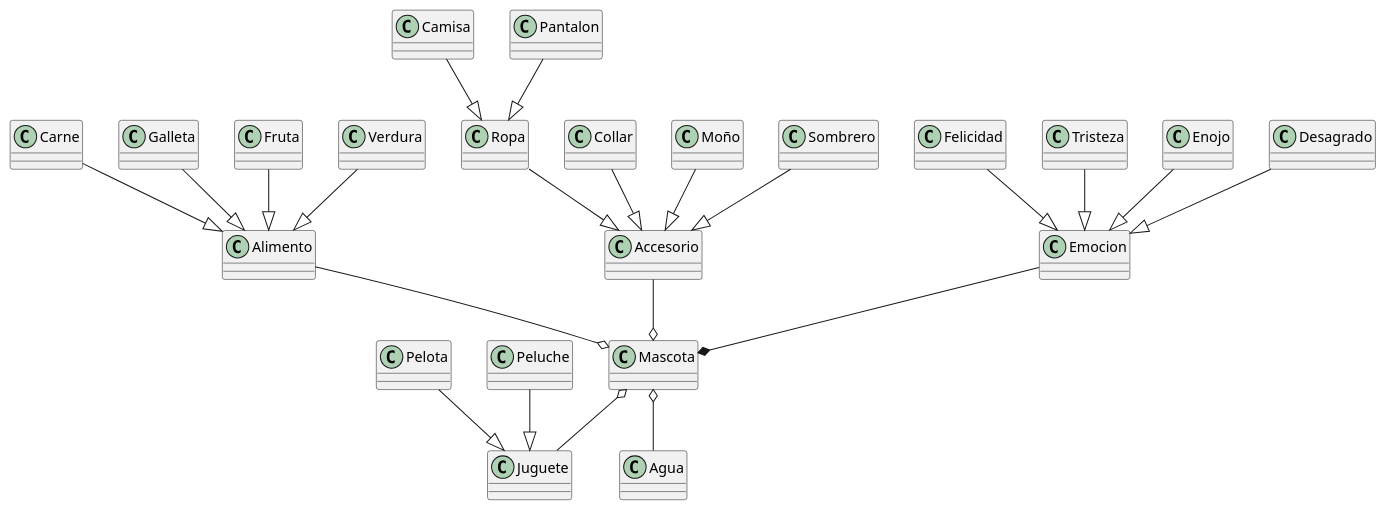
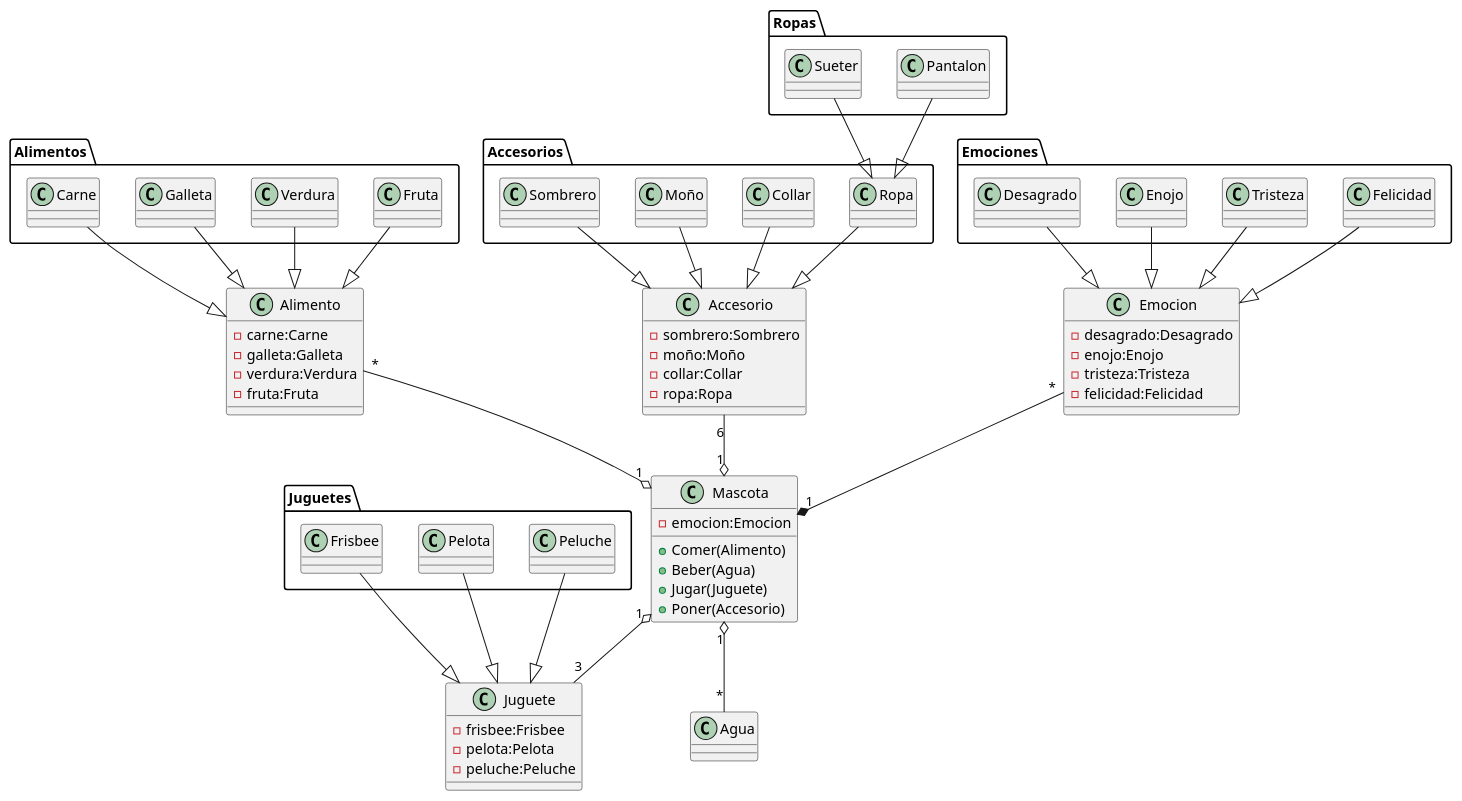
One commit to AAD23110162/Hola-Mundo changed the diagram in docs/mascota.puml. Above: the diagram before and after it, drawn with PlantUML.

Commit message:
Version 3

```diff
--- a/docs/mascota.puml
+++ b/docs/mascota.puml
@@ -1,51 +1,106 @@
 @startuml mascota 
 
-class Mascota 
+class Mascota
+{
+    -emocion:Emocion
+    +Comer(Alimento)
+    +Beber(Agua)
+    +Jugar(Juguete)
+    +Poner(Accesorio)
+
+}
+
 class Alimento
+{
+    -carne:Carne
+    -galleta:Galleta
+    -verdura:Verdura
+    -fruta:Fruta
+}
 class Juguete
-class Pelota 
-class Carne
+{
+    -frisbee:Frisbee
+    -pelota:Pelota
+    -peluche:Peluche
+}
 
-class Ropa 
-Class Camisa 
-Class Pantalon
-class Galleta
 class Accesorio
+{
+    -sombrero:Sombrero
+    -moño:Moño
+    -collar:Collar
+    -ropa:Ropa
+}
+
 class Emocion
-Class Felicidad
-Class Tristeza 
-Class Enojo
-Class Desagrado
-Class Fruta
-Class Verdura
-class Collar
-class Moño
-class Sombrero
-class Peluche
+{
+    -desagrado:Desagrado
+    -enojo:Enojo
+    -tristeza:Tristeza
+    -felicidad:Felicidad
+}
+
+package Emociones
+{
+    Class Felicidad
+    Class Tristeza 
+    Class Enojo
+    Class Desagrado
+}
+
+package Alimentos
+{
+    Class Fruta
+    Class Verdura
+    class Galleta
+    class Carne
+}
+
+package Juguetes
+{
+    class Peluche
+    class Pelota
+    class Frisbee
+}
+
+package Accesorios
+{
+    class Ropa
+    class Collar
+    class Moño
+    class Sombrero
+}
+
+Package Ropas
+{
+    Class Pantalon 
+    Class Sueter 
+}
+
 class Agua
 
-Alimento --o Mascota
-Mascota o--Juguete
+Alimento "*"--o "1" Mascota
+Mascota "1" o-- "3" Juguete
 Carne--|>Alimento
 Pelota--|>Juguete
 
-
 Pantalon--|>Ropa 
-Camisa--|>Ropa 
+Sueter--|>Ropa 
 Galleta--|>Alimento
 Fruta--|>Alimento
 Verdura--|>Alimento
 Ropa--|>Accesorio
-Accesorio --o Mascota
-Emocion --* Mascota
+Accesorio "6"--o "1" Mascota
+Emocion "*"--*"1" Mascota
 Enojo--|>Emocion
 Tristeza--|>Emocion
 Felicidad--|>Emocion
 Desagrado--|>Emocion
 Collar--|>Accesorio
 Moño--|>Accesorio
 Sombrero--|>Accesorio
 Peluche--|>Juguete
-Mascota o--Agua
+Frisbee--|>Juguete
+Mascota "1" o--"*" Agua
 
 @enduml
```
